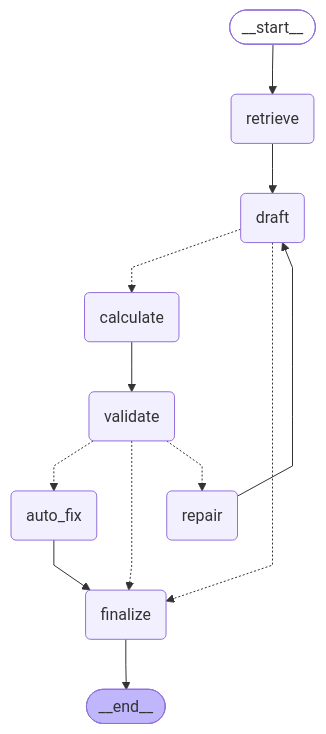
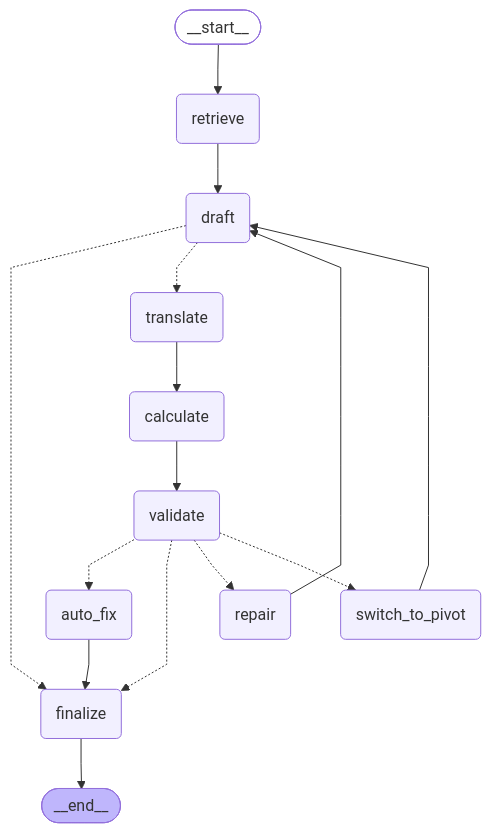
Before and after one commit to Priyanshshukla2005/Agentic-AI: the diagram in docs/plan_graph.md, drawn with Mermaid. The commit also changed other lines of this file and 11 other files, not shown here.

````diff
--- a/docs/plan_graph.md
+++ b/docs/plan_graph.md
@@ -5,31 +5,36 @@
 ```mermaid
 ---
 config:
   flowchart:
     curve: linear
 ---
 graph TD;
 	__start__([<p>__start__</p>]):::first
 	retrieve(retrieve)
 	draft(draft)
+	translate(translate)
+	switch_to_pivot(switch_to_pivot)
 	calculate(calculate)
 	validate(validate)
 	repair(repair)
 	auto_fix(auto_fix)
 	finalize(finalize)
 	__end__([<p>__end__</p>]):::last
 	__start__ --> retrieve;
 	auto_fix --> finalize;
 	calculate --> validate;
-	draft -.-> calculate;
 	draft -.-> finalize;
+	draft -.-> translate;
 	repair --> draft;
 	retrieve --> draft;
+	switch_to_pivot --> draft;
+	translate --> calculate;
 	validate -.-> auto_fix;
 	validate -.-> finalize;
 	validate -.-> repair;
+	validate -.-> switch_to_pivot;
 	finalize --> __end__;
 	classDef default fill:#f2f0ff,line-height:1.2
 	classDef first fill-opacity:0
 	classDef last fill:#bfb6fc
 ```
````
